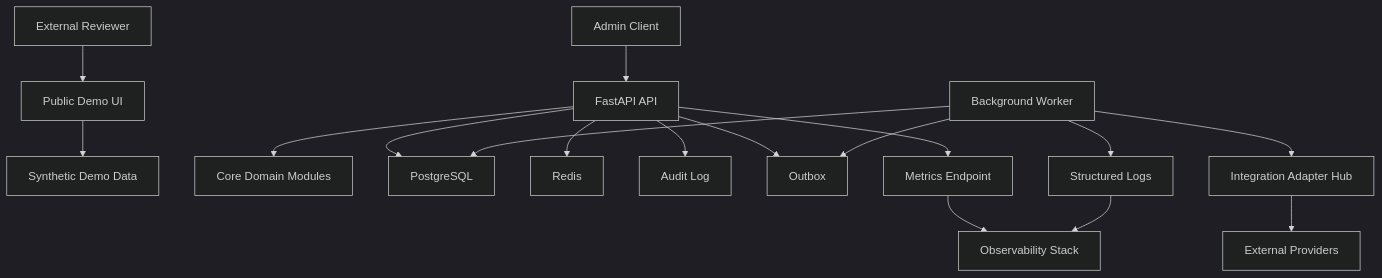
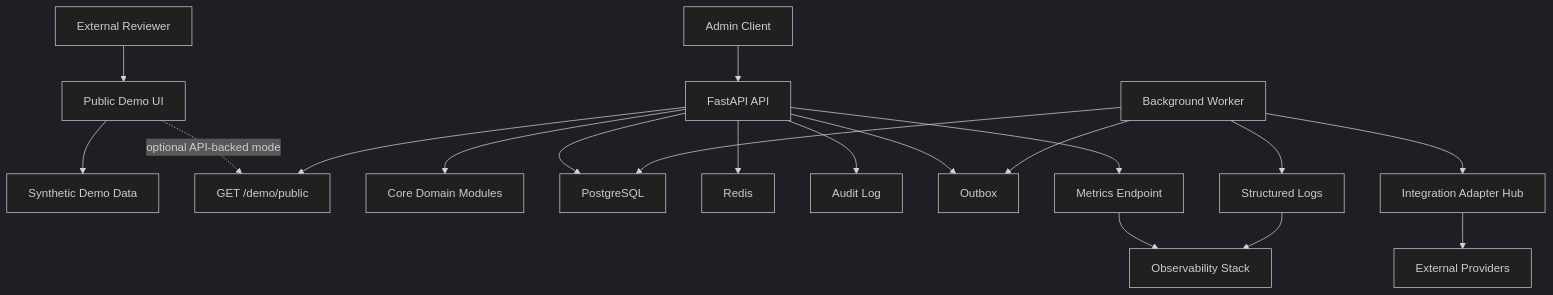
One commit to AlexGerlitz/drivedesk-core changed the first of 5 diagrams in docs/public/SYSTEM_DESIGN.md. Above: the diagram before and after it, drawn with Mermaid (dark theme). The commit also changed other lines of this file and 19 other files, not shown here.

Commit message:
Add API-backed public demo contract

````diff
--- a/docs/public/SYSTEM_DESIGN.md
+++ b/docs/public/SYSTEM_DESIGN.md
@@ -29,22 +29,24 @@
 ```mermaid
 flowchart TB
   Reviewer["External Reviewer"] --> PublicDemo["Public Demo UI"]
   PublicDemo --> StaticData["Synthetic Demo Data"]
+  PublicDemo -. "optional API-backed mode" .-> DemoAPI["GET /demo/public"]
 
   AdminClient["Admin Client"] --> API["FastAPI API"]
+  API --> DemoAPI
   API --> Domain["Core Domain Modules"]
   API --> Database["PostgreSQL"]
   API --> Cache["Redis"]
   API --> Audit["Audit Log"]
   API --> Outbox["Outbox"]
 
   Worker["Background Worker"] --> Outbox
   Worker --> Database
   Worker --> AdapterHub["Integration Adapter Hub"]
   AdapterHub --> Providers["External Providers"]
 
   API --> Metrics["Metrics Endpoint"]
   Worker --> Logs["Structured Logs"]
   Metrics --> Observability["Observability Stack"]
   Logs --> Observability
 ```
````
